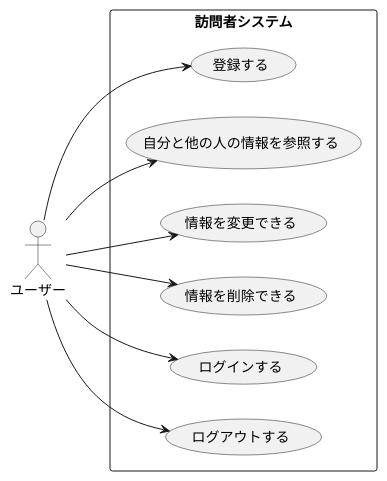
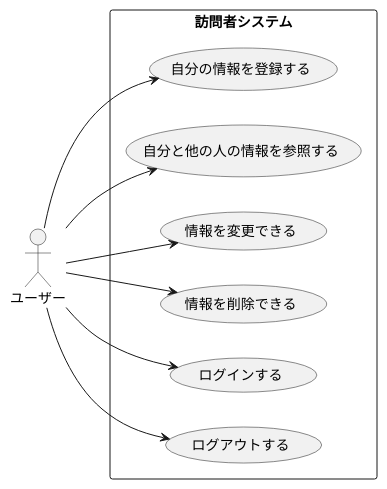
The diagram in 07_web_visitor/usecase.pu (takano1228/ohara_uml), drawn with PlantUML before and after one commit.

```diff
--- a/07_web_visitor/usecase.pu
+++ b/07_web_visitor/usecase.pu
@@ -1,18 +1,18 @@
 @startuml
 left to right direction
 actor "ユーザー" as fc
 rectangle 訪問者システム {
-  usecase "登録する" as UC1
+  usecase "自分の情報を登録する" as UC1
   usecase "自分と他の人の情報を参照する" as UC2
   usecase "情報を変更できる" as UC3
   usecase "情報を削除できる" as UC4
   usecase "ログインする" as UC5
   usecase "ログアウトする" as UC6
 }
 fc --> UC1
 fc --> UC2
 fc --> UC3
 fc --> UC4
 fc --> UC5
 fc --> UC6
 @enduml
```
